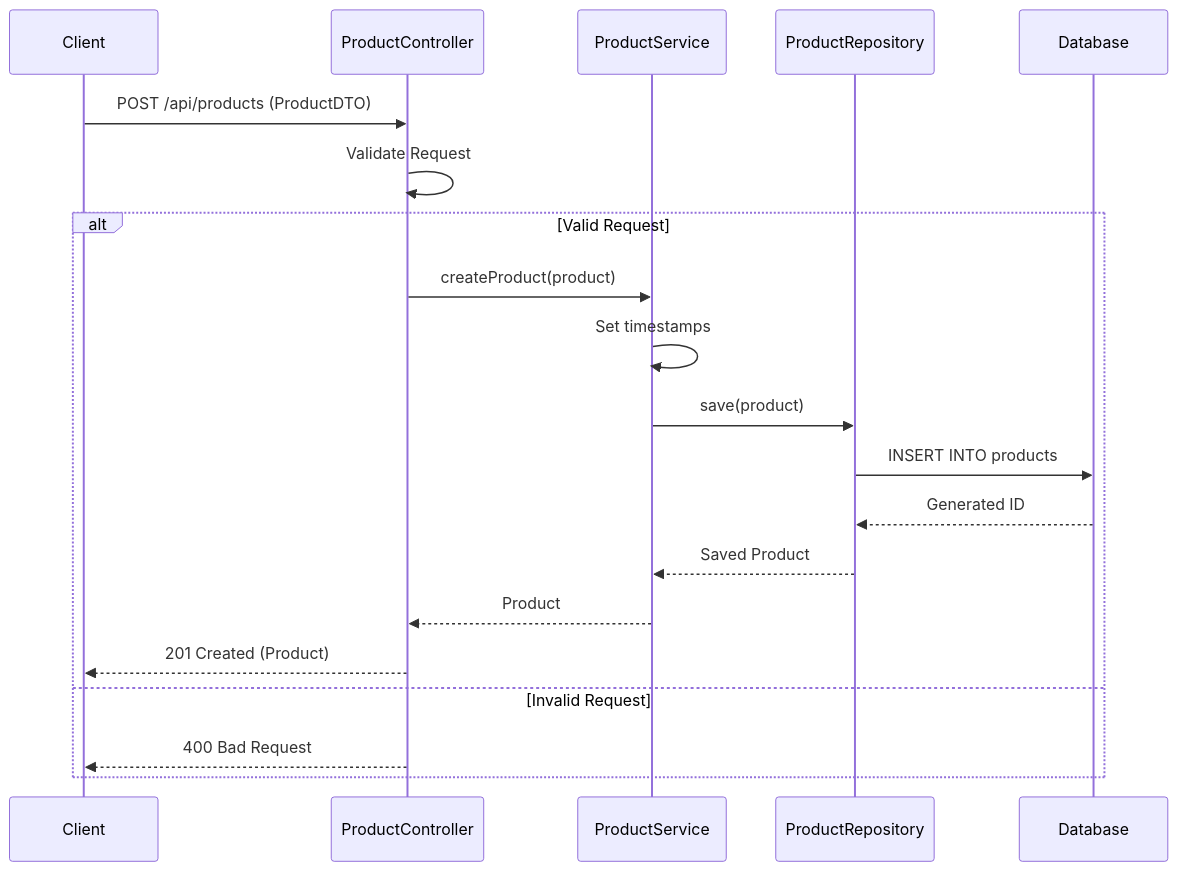
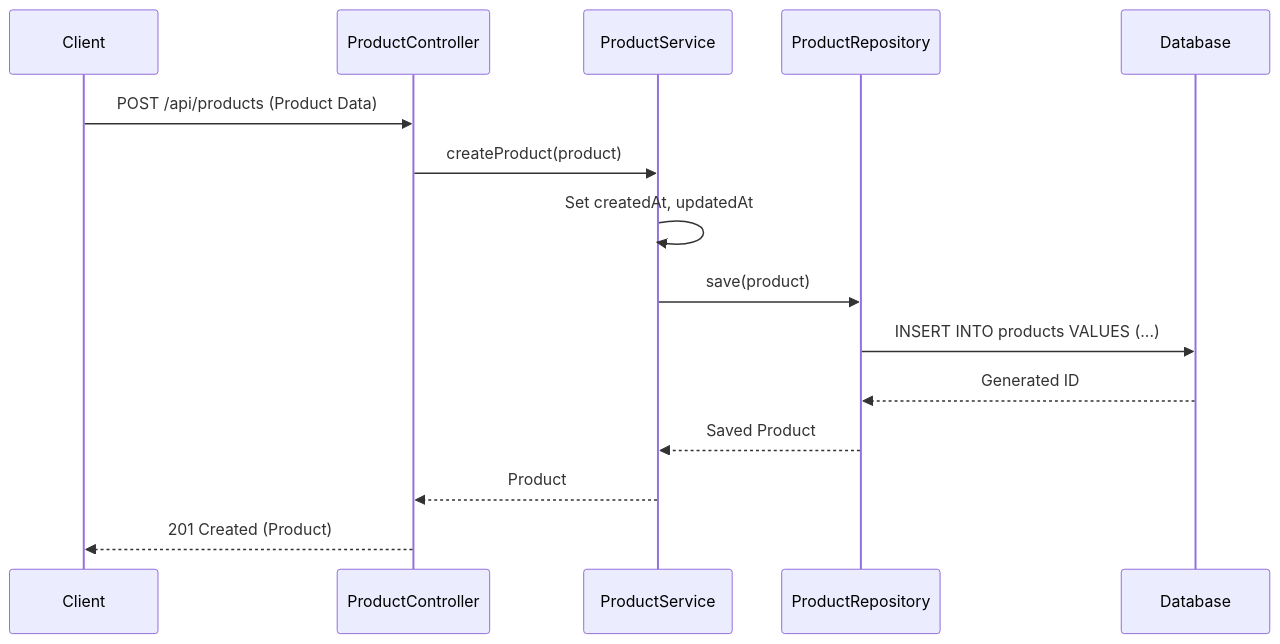
One commit to NavneetBN47/aava-ecom-demo changed the fifth of 13 diagrams in docs/LLD/modified_lld.md. Above: the diagram before and after it, drawn with Mermaid. The commit also changed other lines of this file, not shown here.

````diff
--- a/docs/LLD/modified_lld.md
+++ b/docs/LLD/modified_lld.md
@@ -240,24 +216,18 @@
 ```mermaid
 sequenceDiagram
     participant Client
     participant ProductController
     participant ProductService
     participant ProductRepository
     participant Database
 
-    Client->>ProductController: POST /api/products (ProductDTO)
-    ProductController->>ProductController: Validate Request
-    
-    alt Valid Request
-        ProductController->>ProductService: createProduct(product)
-        ProductService->>ProductService: Set timestamps
-        ProductService->>ProductRepository: save(product)
-        ProductRepository->>Database: INSERT INTO products
-        Database-->>ProductRepository: Generated ID
-        ProductRepository-->>ProductService: Saved Product
-        ProductService-->>ProductController: Product
-        ProductController-->>Client: 201 Created (Product)
-    else Invalid Request
-        ProductController-->>Client: 400 Bad Request
-    end
+    Client->>ProductController: POST /api/products (Product Data)
+    ProductController->>ProductService: createProduct(product)
+    ProductService->>ProductService: Set createdAt, updatedAt
+    ProductService->>ProductRepository: save(product)
+    ProductRepository->>Database: INSERT INTO products VALUES (...)
+    Database-->>ProductRepository: Generated ID
+    ProductRepository-->>ProductService: Saved Product
+    ProductService-->>ProductController: Product
+    ProductController-->>Client: 201 Created (Product)
 ```
````
